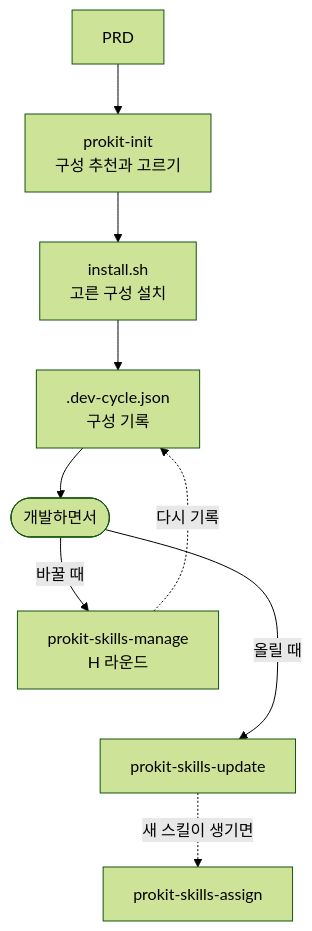
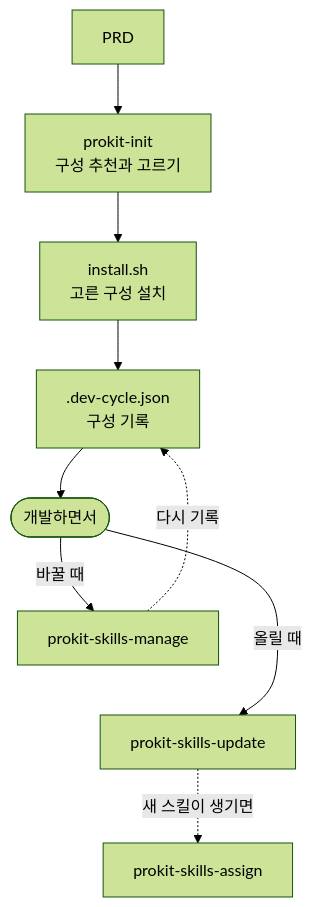
Before and after one commit to roadkwon-ai/pro-kit: the fourth of 4 diagrams in handbook/skills/skill-map.md, drawn with Mermaid (forest theme). The commit also changed other lines of this file and 26 other files, not shown here.

````diff
--- a/handbook/skills/skill-map.md
+++ b/handbook/skills/skill-map.md
@@ -109,19 +109,19 @@
 ```mermaid
 ---
 config:
   flowchart:
     wrappingWidth: 200
 ---
 flowchart TB
   accTitle: 구성을 고르고 바꾸는 흐름
   accDescr: PRD를 prokit-init이 읽어 구성을 추천하고, install.sh가 설치하고, .dev-cycle.json에 기록해요. 개발하면서 prokit-skills-manage로 바꾸면 다시 기록하고, prokit-skills-update로 올리다 새 스킬이 생기면 prokit-skills-assign이 맡을 에이전트를 정해요.
   PRD["PRD"] --> INIT["prokit-init<br/>구성 추천과 고르기"]
   INIT --> INS["install.sh<br/>고른 구성 설치"]
   INS --> CFG[".dev-cycle.json<br/>구성 기록"]
   CFG --> DEV(["개발하면서"])
-  DEV -->|"바꿀 때"| CH["prokit-skills-manage<br/>H 라운드"]
+  DEV -->|"바꿀 때"| CH["prokit-skills-manage"]
   CH ~~~ UP
   DEV -->|"올릴 때"| UP["prokit-skills-update"]
   CH -.->|"다시 기록"| CFG
   UP -.->|"새 스킬이 생기면"| AS["prokit-skills-assign"]
 ```
````
